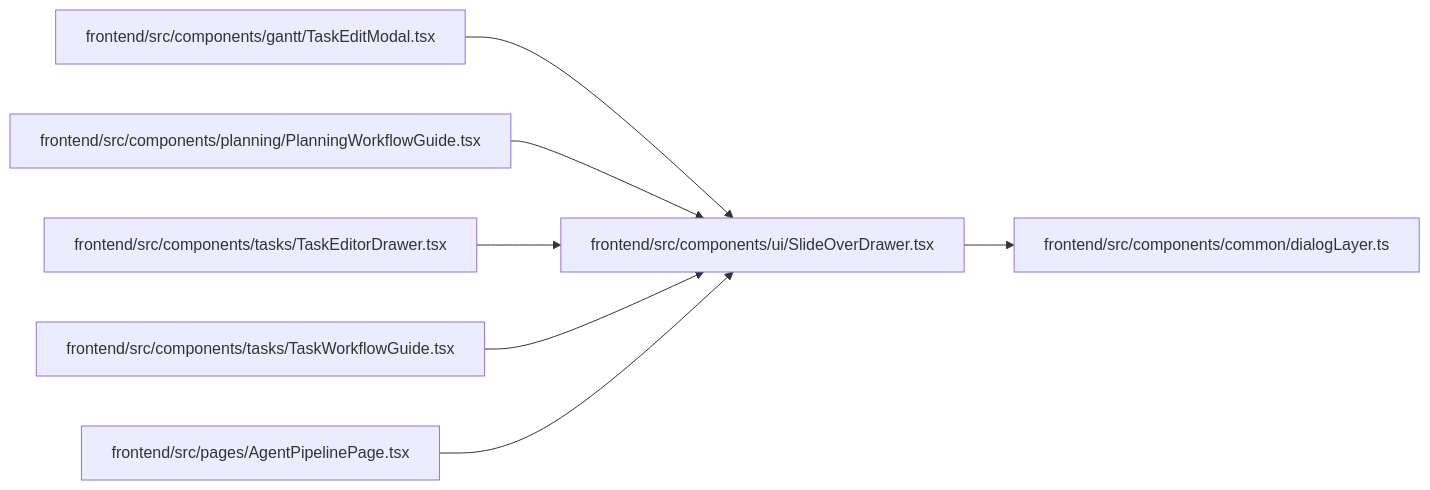
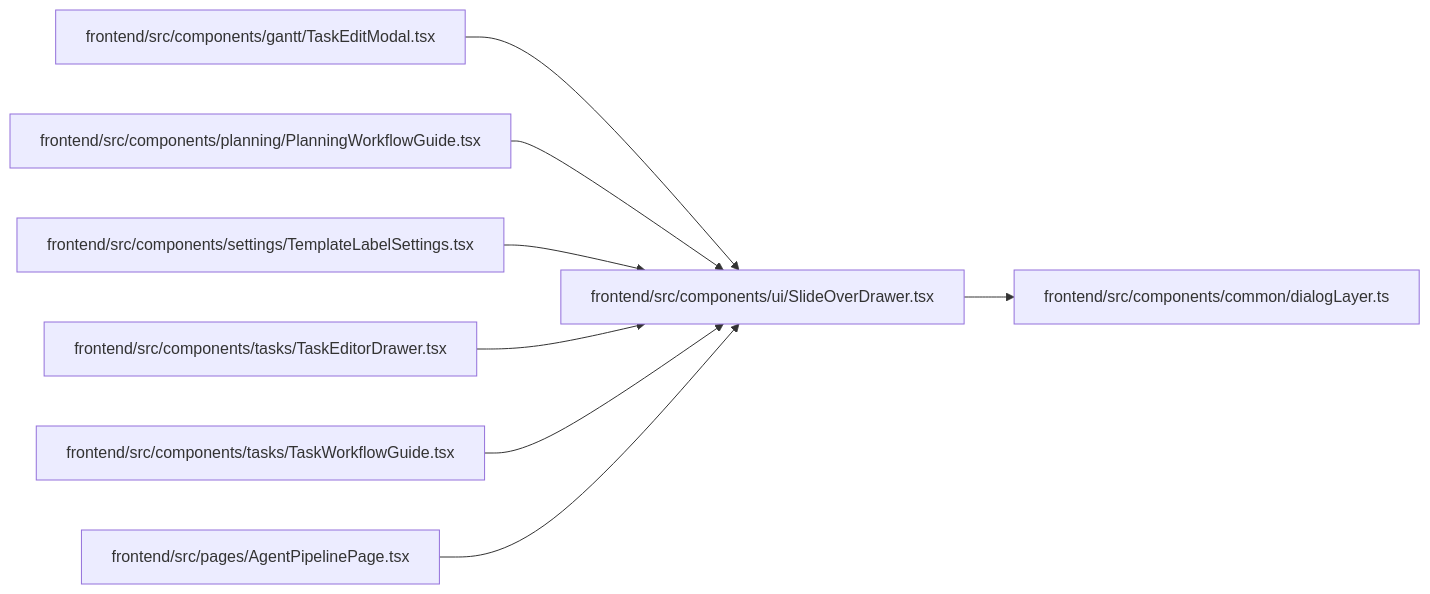
The diagram in docs/llm_wiki/modules/SlideOverDrawer.md (Denissvgn/WorkChord), drawn with Mermaid before and after one commit. The commit also changed other lines of this file and 302 other files, not shown here.

````diff
--- a/docs/llm_wiki/modules/SlideOverDrawer.md
+++ b/docs/llm_wiki/modules/SlideOverDrawer.md
@@ -30,23 +30,26 @@
 ```mermaid
 flowchart LR
     n0["frontend/src/components/common/dialogLayer.ts"]
     n1["frontend/src/components/gantt/TaskEditModal.tsx"]
     n2["frontend/src/components/planning/PlanningWorkflowGuide.tsx"]
-    n3["frontend/src/components/tasks/TaskEditorDrawer.tsx"]
-    n4["frontend/src/components/tasks/TaskWorkflowGuide.tsx"]
-    n5["frontend/src/components/ui/SlideOverDrawer.tsx"]
-    n6["frontend/src/pages/AgentPipelinePage.tsx"]
-    n1 --> n5
-    n2 --> n5
-    n3 --> n5
-    n4 --> n5
-    n5 --> n0
-    n6 --> n5
+    n3["frontend/src/components/settings/TemplateLabelSettings.tsx"]
+    n4["frontend/src/components/tasks/TaskEditorDrawer.tsx"]
+    n5["frontend/src/components/tasks/TaskWorkflowGuide.tsx"]
+    n6["frontend/src/components/ui/SlideOverDrawer.tsx"]
+    n7["frontend/src/pages/AgentPipelinePage.tsx"]
+    n1 --> n6
+    n2 --> n6
+    n3 --> n6
+    n4 --> n6
+    n5 --> n6
+    n6 --> n0
+    n7 --> n6
     click n0 "../modules/dialogLayer.md"
     click n1 "../modules/TaskEditModal.md"
     click n2 "../modules/PlanningWorkflowGuide.md"
-    click n3 "../modules/TaskEditorDrawer.md"
-    click n4 "../modules/TaskWorkflowGuide.md"
-    click n5 "../modules/SlideOverDrawer.md"
-    click n6 "../modules/AgentPipelinePage.md"
+    click n3 "../modules/TemplateLabelSettings.md"
+    click n4 "../modules/TaskEditorDrawer.md"
+    click n5 "../modules/TaskWorkflowGuide.md"
+    click n6 "../modules/SlideOverDrawer.md"
+    click n7 "../modules/AgentPipelinePage.md"
 ```
````
